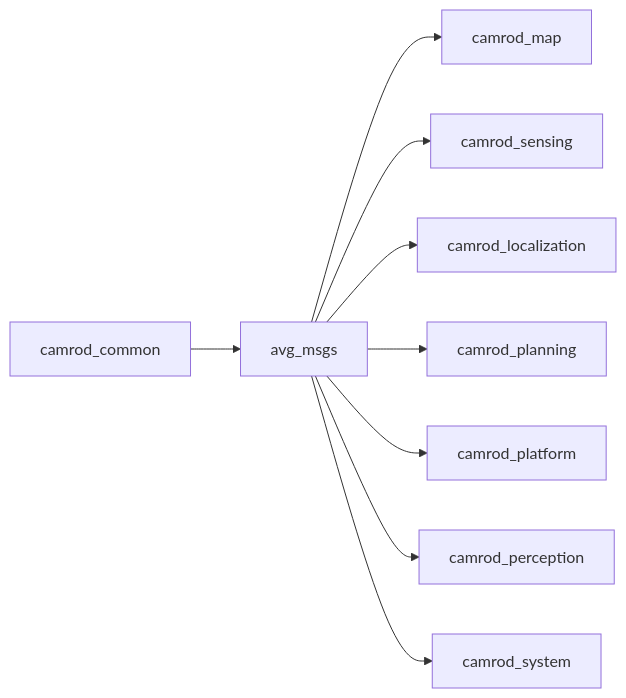
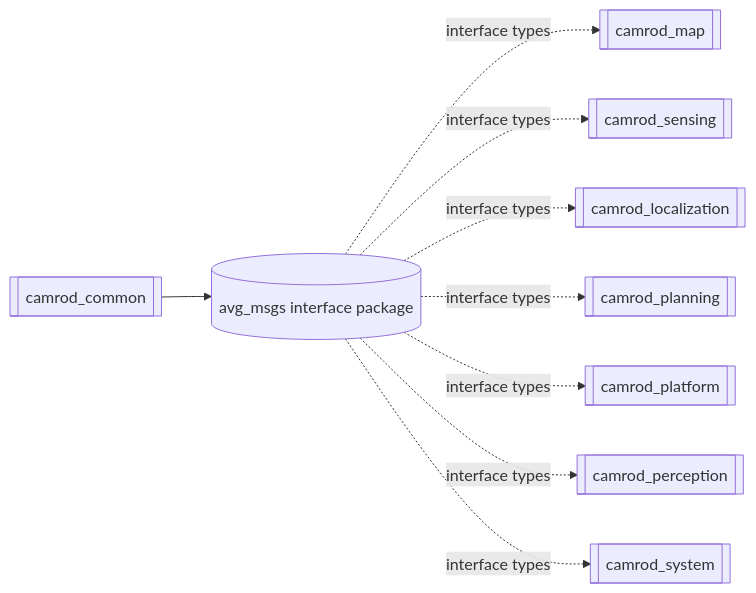
One commit to hwanhonglee/CAMROD changed the diagram in camrod_common/README.md. Above: the diagram before and after it, drawn with Mermaid. The commit also changed other lines of this file and 13 other files, not shown here.

Commit message:
docs(readme): clarify diagram semantics and avg_msgs interface-only role

````diff
--- a/camrod_common/README.md
+++ b/camrod_common/README.md
@@ -8,11 +8,11 @@
 ```mermaid
 graph LR
-  COMMON[camrod_common] --> AVG[avg_msgs]
-  AVG --> MAP[camrod_map]
-  AVG --> SENSING[camrod_sensing]
-  AVG --> LOC[camrod_localization]
-  AVG --> PLAN[camrod_planning]
-  AVG --> PLATFORM[camrod_platform]
-  AVG --> PERCEPTION[camrod_perception]
-  AVG --> SYSTEM[camrod_system]
+  COMMON[[camrod_common]] --> AVG[(avg_msgs interface package)]
+  AVG -. interface types .-> MAP[[camrod_map]]
+  AVG -. interface types .-> SENSING[[camrod_sensing]]
+  AVG -. interface types .-> LOC[[camrod_localization]]
+  AVG -. interface types .-> PLAN[[camrod_planning]]
+  AVG -. interface types .-> PLATFORM[[camrod_platform]]
+  AVG -. interface types .-> PERCEPTION[[camrod_perception]]
+  AVG -. interface types .-> SYSTEM[[camrod_system]]
 ```
````
